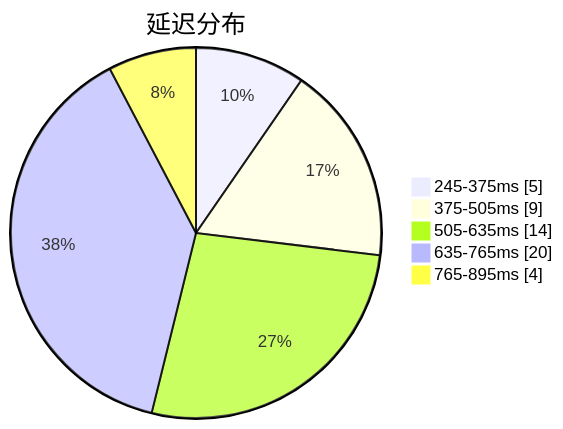
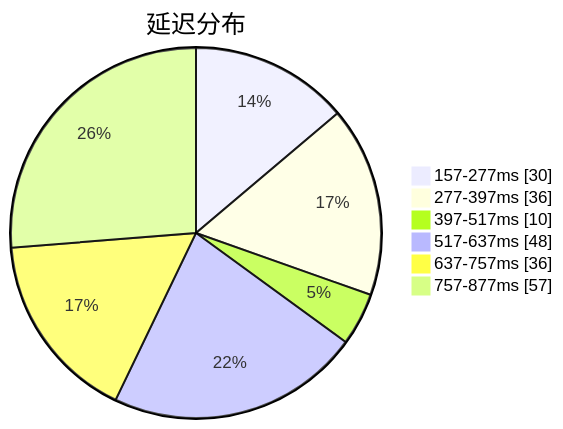
The first of 3 diagrams in subs/statistics/tested_within.md (qjlxg/airport), drawn with Mermaid before and after one commit. The commit also changed other lines of this file and 2 other files, not shown here.

````diff
--- a/subs/statistics/tested_within.md
+++ b/subs/statistics/tested_within.md
@@ -2,9 +2,10 @@
 ```mermaid
 pie showData
 title 延迟分布
-"245-375ms" : 5
-"375-505ms" : 9
-"505-635ms" : 14
-"635-765ms" : 20
-"765-895ms" : 4
+"157-277ms" : 30
+"277-397ms" : 36
+"397-517ms" : 10
+"517-637ms" : 48
+"637-757ms" : 36
+"757-877ms" : 57
 ```
````
